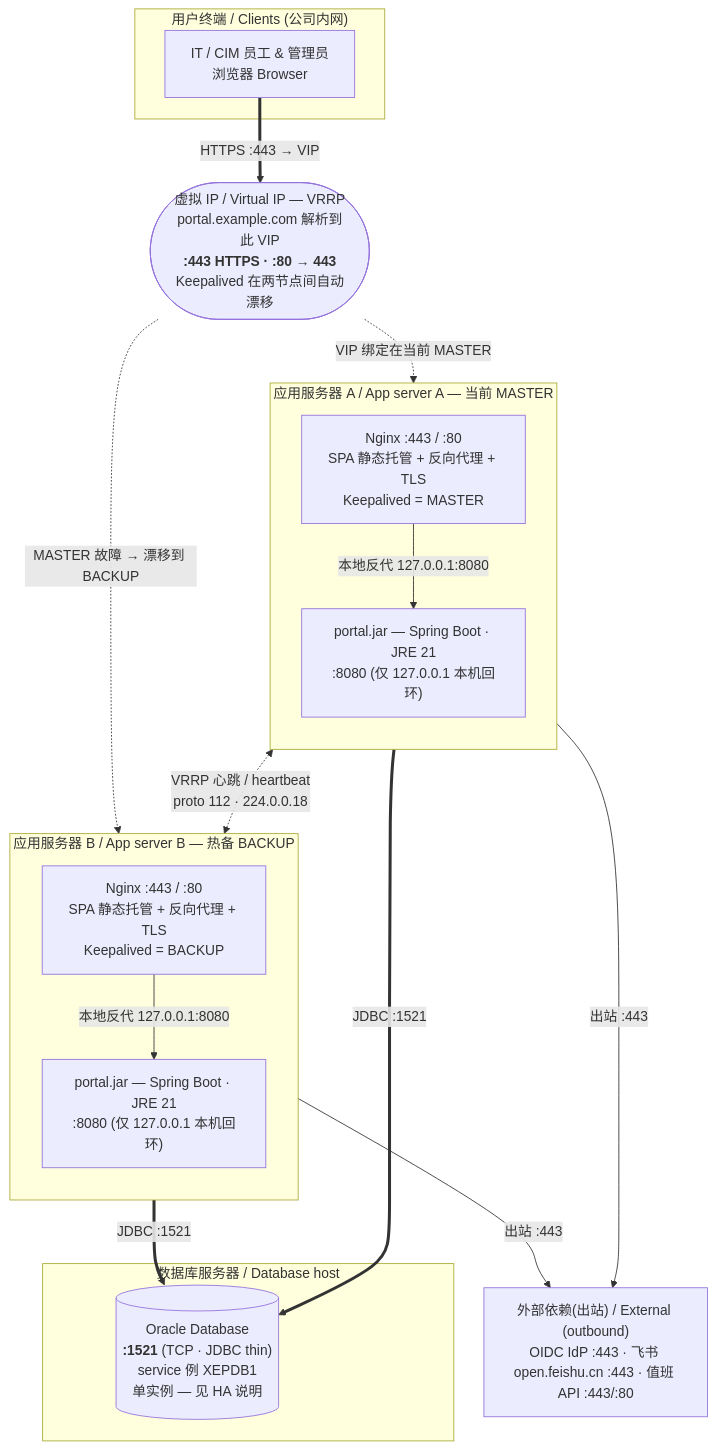
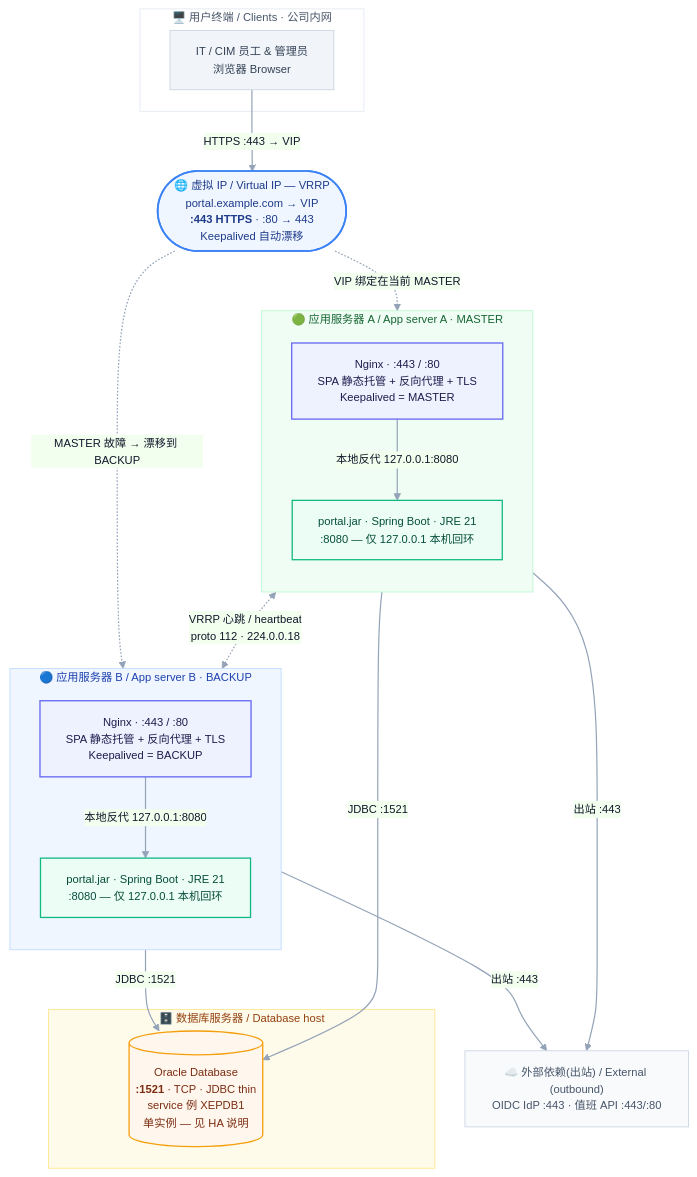
Before and after one commit to shaneworld/Cim-Portal-Server: the diagram in docs/deployment/cim-portal-deployment-ha.md, drawn with Mermaid. The commit also changed other lines of this file and 3 other files, not shown here.

First line of the commit message:
docs(deploy): 部署图同步移除飞书外部依赖 + 现代化配色样式;迁移版本 V19→V20

````diff
--- a/docs/deployment/cim-portal-deployment-ha.md
+++ b/docs/deployment/cim-portal-deployment-ha.md
@@ -8,37 +8,61 @@
 ```mermaid
+%%{init: {'theme':'base','themeVariables':{
+  'fontFamily':'ui-sans-serif, system-ui, -apple-system, Segoe UI, Roboto, PingFang SC, Microsoft YaHei, sans-serif',
+  'fontSize':'13px','lineColor':'#94a3b8',
+  'primaryColor':'#eef2ff','primaryBorderColor':'#6366f1','primaryTextColor':'#0f172a',
+  'clusterBkg':'#f8fafc','clusterBorder':'#e2e8f0','tertiaryColor':'#ffffff'
+}}}%%
 flowchart TB
-    subgraph users["用户终端 / Clients (公司内网)"]
+    subgraph users["🖥️ 用户终端 / Clients · 公司内网"]
         U["IT / CIM 员工 & 管理员<br/>浏览器 Browser"]
     end
 
-    VIP(["虚拟 IP / Virtual IP — VRRP<br/>portal.example.com 解析到此 VIP<br/><b>:443 HTTPS · :80 → 443</b><br/>Keepalived 在两节点间自动漂移"])
+    VIP(["🌐 虚拟 IP / Virtual IP — VRRP<br/>portal.example.com → VIP<br/><b>:443 HTTPS</b> · :80 → 443<br/>Keepalived 自动漂移"])
 
-    subgraph nodeA["应用服务器 A / App server A — 当前 MASTER"]
+    subgraph nodeA["🟢 应用服务器 A / App server A · MASTER"]
         direction TB
-        NGA["Nginx :443 / :80<br/>SPA 静态托管 + 反向代理 + TLS<br/>Keepalived = MASTER"]
-        BEA["portal.jar — Spring Boot · JRE 21<br/>:8080 (仅 127.0.0.1 本机回环)"]
+        NGA["Nginx · :443 / :80<br/>SPA 静态托管 + 反向代理 + TLS<br/>Keepalived = MASTER"]
+        BEA["portal.jar · Spring Boot · JRE 21<br/>:8080 — 仅 127.0.0.1 本机回环"]
         NGA -->|"本地反代 127.0.0.1:8080"| BEA
     end
 
-    subgraph nodeB["应用服务器 B / App server B — 热备 BACKUP"]
+    subgraph nodeB["🔵 应用服务器 B / App server B · BACKUP"]
         direction TB
-        NGB["Nginx :443 / :80<br/>SPA 静态托管 + 反向代理 + TLS<br/>Keepalived = BACKUP"]
-        BEB["portal.jar — Spring Boot · JRE 21<br/>:8080 (仅 127.0.0.1 本机回环)"]
+        NGB["Nginx · :443 / :80<br/>SPA 静态托管 + 反向代理 + TLS<br/>Keepalived = BACKUP"]
+        BEB["portal.jar · Spring Boot · JRE 21<br/>:8080 — 仅 127.0.0.1 本机回环"]
         NGB -->|"本地反代 127.0.0.1:8080"| BEB
     end
 
-    subgraph dbhost["数据库服务器 / Database host"]
-        OR[("Oracle Database<br/><b>:1521</b> (TCP · JDBC thin)<br/>service 例 XEPDB1<br/>单实例 — 见 HA 说明")]
+    subgraph dbhost["🗄️ 数据库服务器 / Database host"]
+        OR[("Oracle Database<br/><b>:1521</b> · TCP · JDBC thin<br/>service 例 XEPDB1<br/>单实例 — 见 HA 说明")]
     end
 
-    ext["外部依赖(出站) / External (outbound)<br/>OIDC IdP :443 · 飞书 open.feishu.cn :443 · 值班 API :443/:80"]
+    ext["☁️ 外部依赖(出站) / External (outbound)<br/>OIDC IdP :443 · 值班 API :443/:80"]
 
     U ==>|"HTTPS :443 → VIP"| VIP
     VIP -. "VIP 绑定在当前 MASTER" .-> NGA
     VIP -. "MASTER 故障 → 漂移到 BACKUP" .-> NGB
     NGA <-. "VRRP 心跳 / heartbeat<br/>proto 112 · 224.0.0.18" .-> NGB
     BEA ==>|"JDBC :1521"| OR
     BEB ==>|"JDBC :1521"| OR
     BEA -->|"出站 :443"| ext
     BEB -->|"出站 :443"| ext
+
+    classDef client fill:#f1f5f9,stroke:#cbd5e1,stroke-width:1px,color:#334155;
+    classDef vip fill:#eff6ff,stroke:#3b82f6,stroke-width:2px,color:#1e3a8a;
+    classDef web fill:#eef2ff,stroke:#6366f1,stroke-width:1.5px,color:#1e1b4b;
+    classDef app fill:#ecfdf5,stroke:#10b981,stroke-width:1.5px,color:#064e3b;
+    classDef db fill:#fff7ed,stroke:#f59e0b,stroke-width:1.5px,color:#7c2d12;
+    classDef extn fill:#f8fafc,stroke:#cbd5e1,stroke-width:1px,color:#475569;
+    class U client;
+    class VIP vip;
+    class NGA,NGB web;
+    class BEA,BEB app;
+    class OR db;
+    class ext extn;
+    style users fill:#ffffff,stroke:#e2e8f0,color:#475569;
+    style nodeA fill:#f0fdf4,stroke:#bbf7d0,color:#166534;
+    style nodeB fill:#eff6ff,stroke:#bfdbfe,color:#1e40af;
+    style dbhost fill:#fffbeb,stroke:#fde68a,color:#92400e;
+    linkStyle default stroke:#94a3b8,stroke-width:1.4px;
 ```
````
